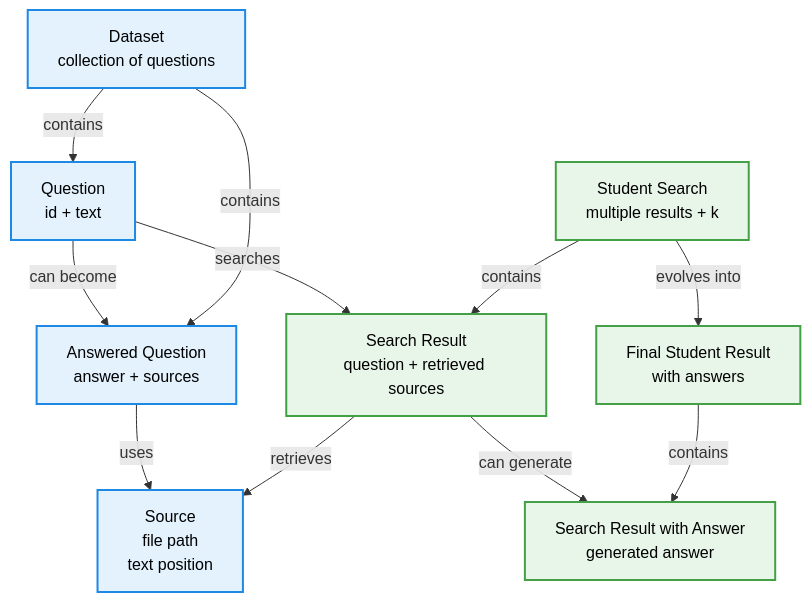
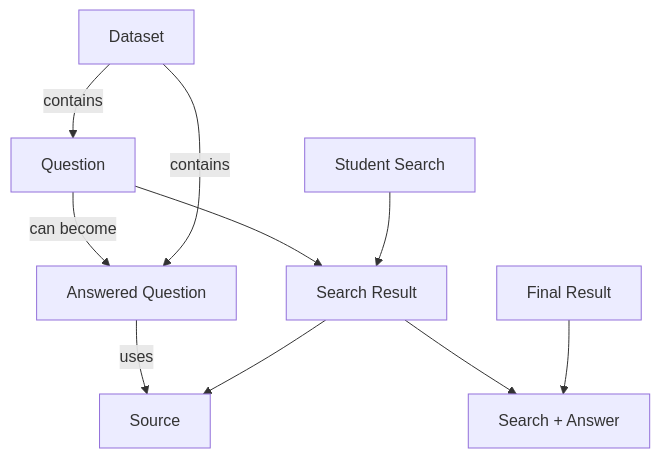
The sixth of 7 diagrams in README.md (AstarophTY/RAG), drawn with Mermaid before and after one commit. The commit also changed other lines of this file, not shown here.

````diff
--- a/README.md
+++ b/README.md
@@ -326,44 +238,28 @@
 ```mermaid
 graph TD
-    %% Styles
-    classDef data fill:#E3F2FD,stroke:#1E88E5,stroke-width:2px,color:black;
-    classDef process fill:#E8F5E9,stroke:#43A047,stroke-width:2px,color:black;
+    Source["Source"]
 
-    %% ===== SOURCES =====
-    Source["Source<br/>file path<br/>text position"]:::data
+    Question["Question"]
+    Answered["Answered Question"]
 
-    %% ===== QUESTIONS =====
-    Question["Question<br/>id + text"]:::data
-    Answered["Answered Question<br/>answer + sources"]:::data
+    Dataset["Dataset"]
 
-    %% ===== DATASET =====
-    Dataset["Dataset<br/>collection of questions"]:::data
+    Search["Search Result"]
+    SearchAnswer["Search + Answer"]
 
-    %% ===== SEARCH =====
-    Search["Search Result<br/>question + retrieved sources"]:::process
-    SearchWithAnswer["Search Result with Answer<br/>generated answer"]:::process
+    StudentSearch["Student Search"]
+    StudentFinal["Final Result"]
 
-    %% ===== STUDENT SIDE =====
-    StudentSearch["Student Search<br/>multiple results + k"]:::process
-    StudentFinal["Final Student Result<br/>with answers"]:::process
-
-    %% ===== RELATIONS =====
-
-    %% Question logic
     Question -->|can become| Answered
     Answered -->|uses| Source
 
-    %% Dataset
     Dataset -->|contains| Question
     Dataset -->|contains| Answered
 
-    %% Search pipeline
-    Question -->|searches| Search
-    Search -->|retrieves| Source
-    Search -->|can generate| SearchWithAnswer
+    Question --> Search
+    Search --> Source
+    Search --> SearchAnswer
 
-    %% Student flow
-    StudentSearch -->|contains| Search
-    StudentFinal -->|contains| SearchWithAnswer
-    StudentSearch -->|evolves into| StudentFinal
+    StudentSearch --> Search
+    StudentFinal --> SearchAnswer
 ```
````
